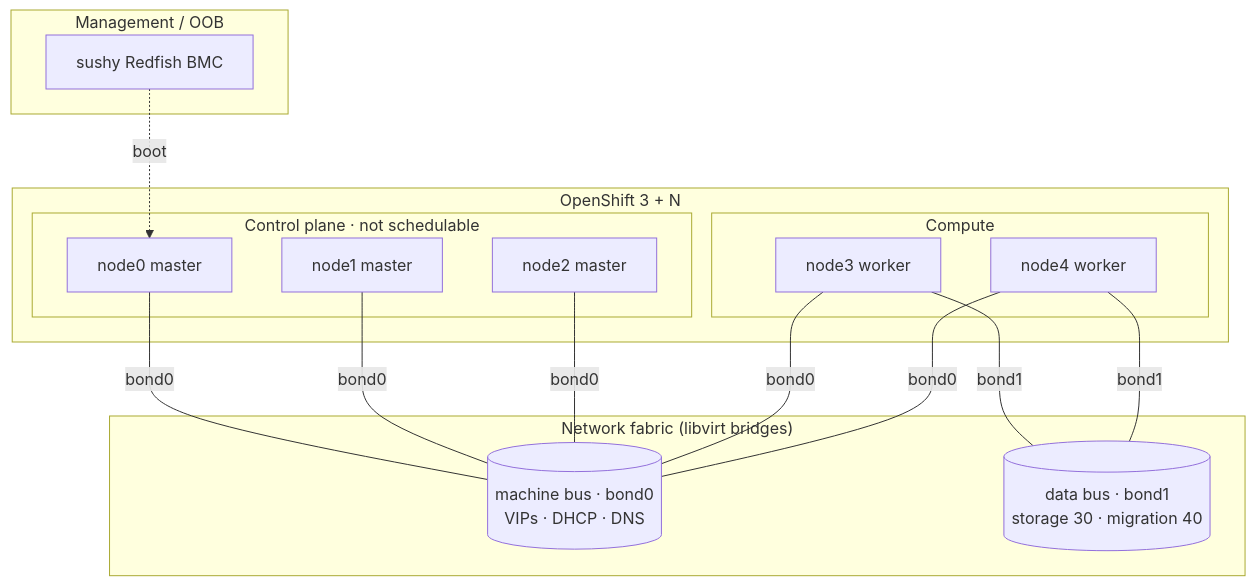
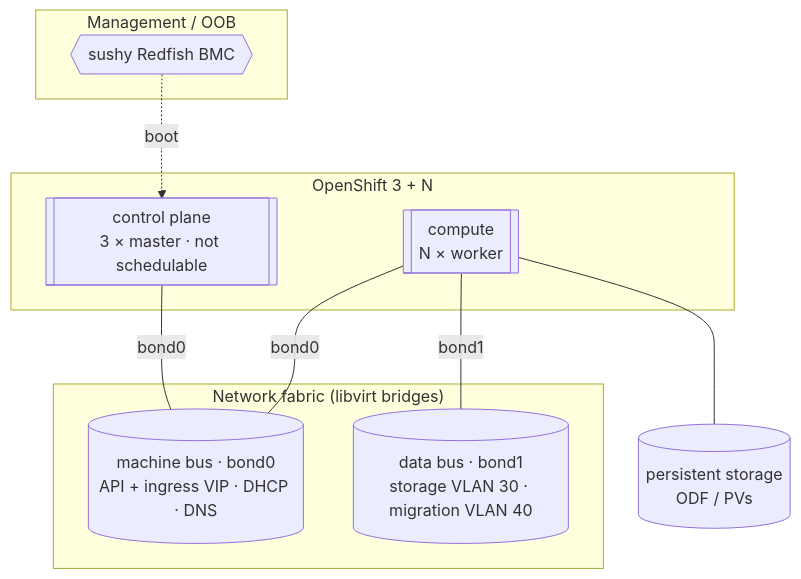
One commit to maci0/vmetal-openshift changed the eighth of 10 diagrams in docs/architecture.md. Above: the diagram before and after it, drawn with Mermaid. The commit also changed other lines of this file and 13 other files, not shown here.

First line of the commit message:
docs: RH-style reference-architecture topology diagrams + programmatic render

````diff
--- a/docs/architecture.md
+++ b/docs/architecture.md
@@ -300,29 +301,20 @@
 ```mermaid
 flowchart TB
   subgraph mgmt["Management / OOB"]
-    sushy["sushy Redfish BMC"]
+    sushy{{"sushy Redfish BMC"}}
   end
   subgraph cluster["OpenShift 3 + N"]
-    subgraph cpl["Control plane · not schedulable"]
-      m0["node0 master"]
-      m1["node1 master"]
-      m2["node2 master"]
-    end
-    subgraph cmp["Compute"]
-      w0["node3 worker"]
-      w1["node4 worker"]
-    end
+    cp[["control plane<br/>3 × master · not schedulable"]]
+    co[["compute<br/>N × worker"]]
   end
   subgraph fabric["Network fabric (libvirt bridges)"]
-    mach[("machine bus · bond0<br/>VIPs · DHCP · DNS")]
-    data[("data bus · bond1<br/>storage 30 · migration 40")]
+    mach[("machine bus · bond0<br/>API + ingress VIP · DHCP · DNS")]
+    data[("data bus · bond1<br/>storage VLAN 30 · migration VLAN 40")]
   end
-  sushy -. boot .-> m0
-  m0 -- bond0 --- mach
-  m1 -- bond0 --- mach
-  m2 -- bond0 --- mach
-  w0 -- bond0 --- mach
-  w1 -- bond0 --- mach
-  w0 -- bond1 --- data
-  w1 -- bond1 --- data
+  store[("persistent storage<br/>ODF / PVs")]
+  sushy -. boot .-> cp
+  cp -- bond0 --- mach
+  co -- bond0 --- mach
+  co -- bond1 --- data
+  co --- store
 ```
````
